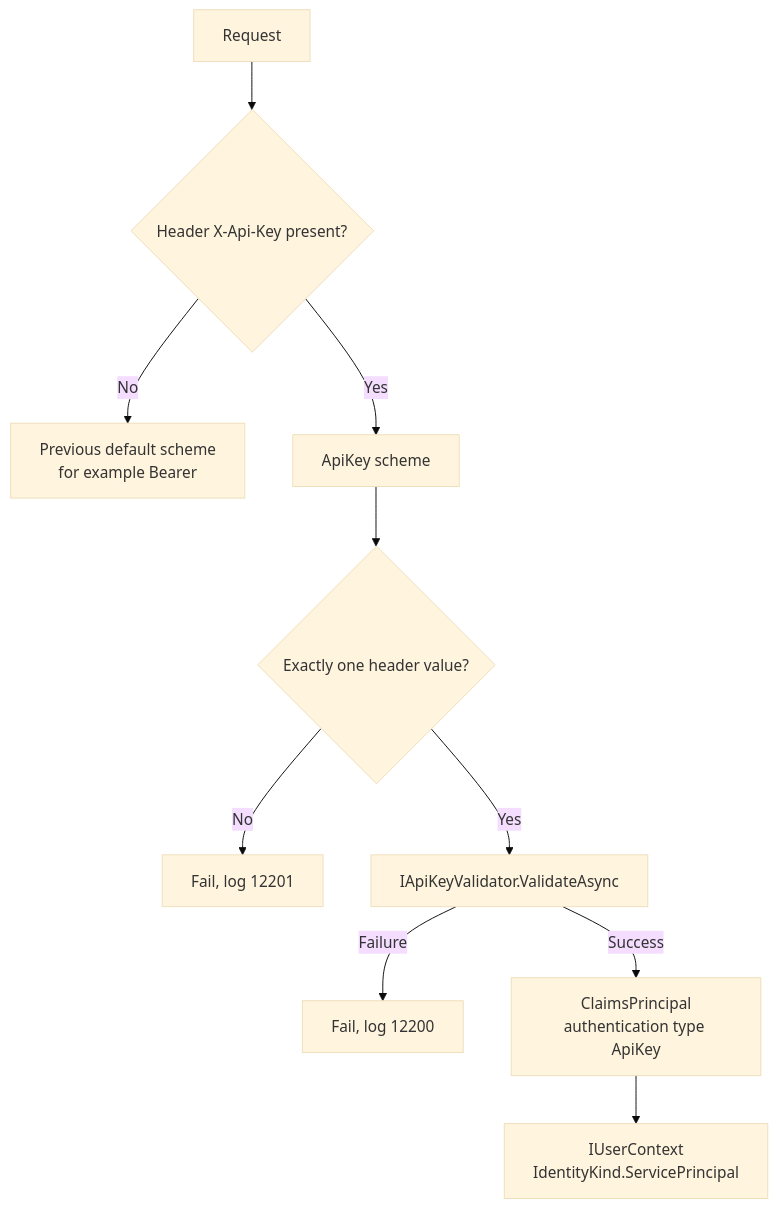
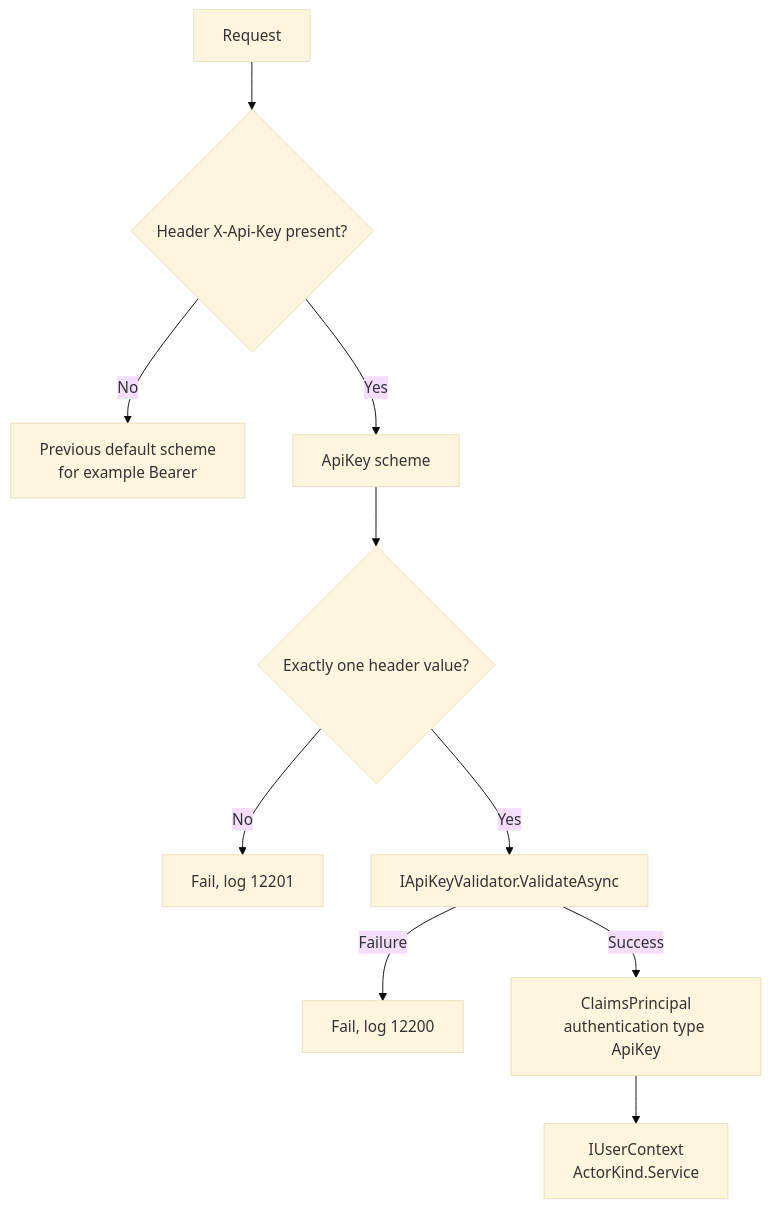
One commit to Gresta-Vertex-Labs/platform-shared-kernel changed the first of 3 diagrams in 12.Security/SharedKernel.Security.ApiKey/README.md. Above: the diagram before and after it, drawn with Mermaid (base theme). The commit also changed other lines of this file and 167 other files, not shown here.

````diff
--- a/12.Security/SharedKernel.Security.ApiKey/README.md
+++ b/12.Security/SharedKernel.Security.ApiKey/README.md
@@ -175,12 +177,12 @@
 ```mermaid
 flowchart TD
     R["Request"] --> F{"Header X-Api-Key present?"}
     F -->|No| D["Previous default scheme<br/>for example Bearer"]
     F -->|Yes| H["ApiKey scheme"]
     H --> C{"Exactly one header value?"}
     C -->|No| X["Fail, log 12201"]
     C -->|Yes| V["IApiKeyValidator.ValidateAsync"]
     V -->|Failure| Y["Fail, log 12200"]
     V -->|Success| S["ClaimsPrincipal<br/>authentication type ApiKey"]
-    S --> U["IUserContext<br/>IdentityKind.ServicePrincipal"]
+    S --> U["IUserContext<br/>ActorKind.Service"]
 ```
````
